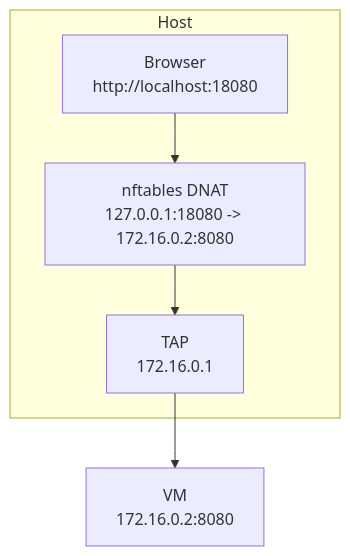
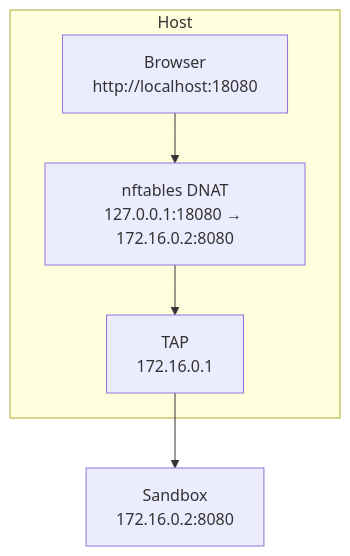
Before and after one commit to CelestoAI/mintlify-docs: the second of 2 diagrams in smolvm/concepts/networking.mdx, drawn with Mermaid. The commit also changed other lines of this file and 7 other files, not shown here.

````diff
--- a/smolvm/concepts/networking.mdx
+++ b/smolvm/concepts/networking.mdx
@@ -476,12 +120,12 @@
 ```mermaid
 flowchart TB
   subgraph Host["Host"]
     Browser["Browser<br/>http://localhost:18080"]
-    DNAT["nftables DNAT<br/>127.0.0.1:18080 -> 172.16.0.2:8080"]
+    DNAT["nftables DNAT<br/>127.0.0.1:18080 → 172.16.0.2:8080"]
     TAP["TAP<br/>172.16.0.1"]
 
     Browser --> DNAT --> TAP
   end
 
-  TAP --> VM["VM<br/>172.16.0.2:8080"]
+  TAP --> VM["Sandbox<br/>172.16.0.2:8080"]
 ```
````
